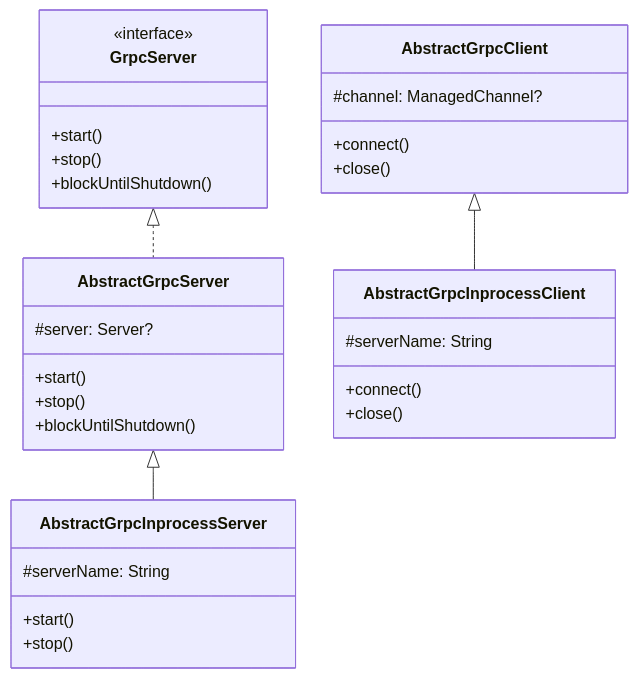
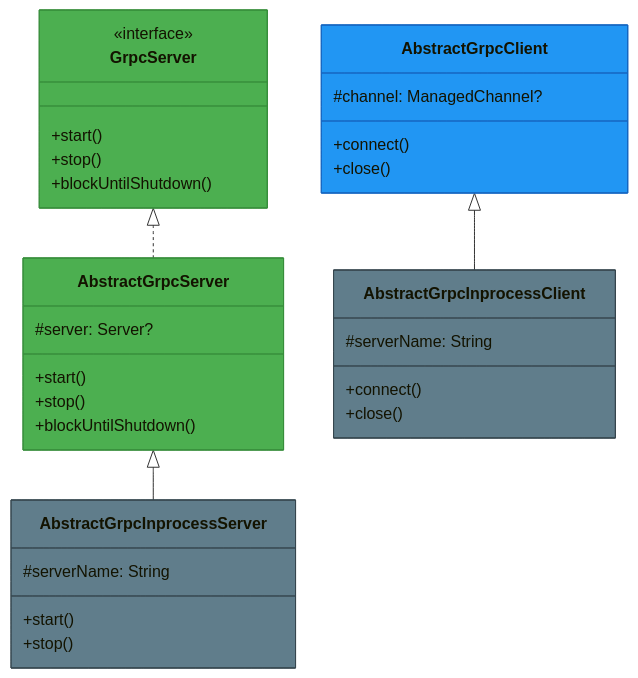
Before and after one commit to bluetape4k/bluetape4k-projects: the first of 3 diagrams in io/grpc/README.md, drawn with Mermaid. The commit also changed 74 other files, not shown here.

First line of the commit message:
docs: bluetape4k/core/coroutines/logging, io/feign~vertx README 색상 Mermaid UML 추가

````diff
--- a/io/grpc/README.md
+++ b/io/grpc/README.md
@@ -144,38 +144,42 @@
 ```mermaid
 classDiagram
-    class GrpcServer {
+    class GrpcServer:::serverStyle {
         <<interface>>
         +start()
         +stop()
         +blockUntilShutdown()
     }
 
-    class AbstractGrpcServer {
+    class AbstractGrpcServer:::serverStyle {
         #server: Server?
         +start()
         +stop()
         +blockUntilShutdown()
     }
 
-    class AbstractGrpcClient {
+    class AbstractGrpcClient:::clientStyle {
         #channel: ManagedChannel?
         +connect()
         +close()
     }
 
-    class AbstractGrpcInprocessServer {
+    class AbstractGrpcInprocessServer:::infraStyle {
         #serverName: String
         +start()
         +stop()
     }
 
-    class AbstractGrpcInprocessClient {
+    class AbstractGrpcInprocessClient:::infraStyle {
         #serverName: String
         +connect()
         +close()
     }
 
     GrpcServer <|.. AbstractGrpcServer
     AbstractGrpcServer <|-- AbstractGrpcInprocessServer
     AbstractGrpcClient <|-- AbstractGrpcInprocessClient
+
+    classDef clientStyle fill:#2196F3,stroke:#1565C0
+    classDef serverStyle fill:#4CAF50,stroke:#388E3C
+    classDef infraStyle  fill:#607D8B,stroke:#37474F
 ```
````
